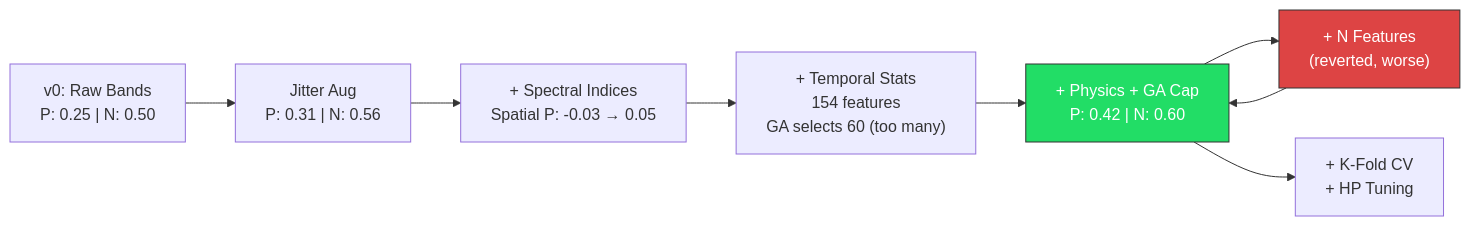
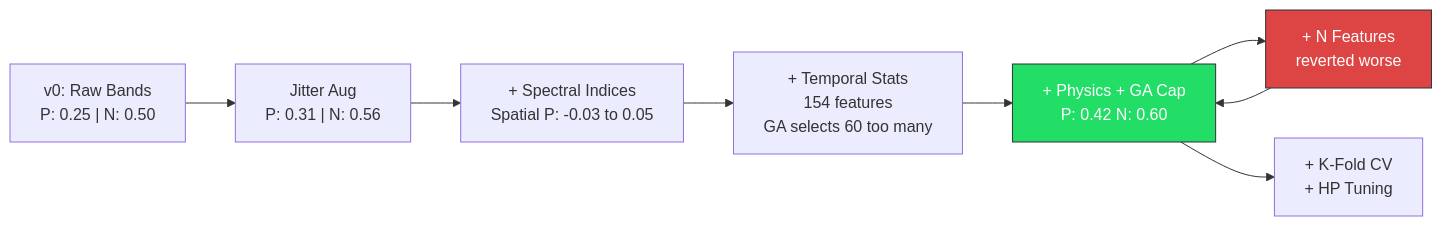
The fourth of 4 diagrams in PROJECT_REPORT.md (raghavofs/fyp2), drawn with Mermaid before and after one commit. The commit also changed other lines of this file, not shown here.

````diff
--- a/PROJECT_REPORT.md
+++ b/PROJECT_REPORT.md
@@ -354,16 +349,16 @@
 ```mermaid
 flowchart LR
     V0["v0: Raw Bands<br/>P: 0.25 | N: 0.50"]
     V1["Jitter Aug<br/>P: 0.31 | N: 0.56"]
-    V2["+ Spectral Indices<br/>Spatial P: -0.03 → 0.05"]
-    V3["+ Temporal Stats<br/>154 features<br/>GA selects 60 (too many)"]
-    V4["+ Physics + GA Cap<br/>P: 0.42 | N: 0.60"]
-    V5["+ N Features<br/>(reverted, worse)"]
+    V2["+ Spectral Indices<br/>Spatial P: -0.03 to 0.05"]
+    V3["+ Temporal Stats<br/>154 features<br/>GA selects 60 too many"]
+    V4["+ Physics + GA Cap<br/>P: 0.42 N: 0.60"]
+    V5["+ N Features<br/>reverted worse"]
     CV["+ K-Fold CV<br/>+ HP Tuning"]
 
     V0 --> V1 --> V2 --> V3 --> V4 --> V5 --> V4
     V4 --> CV
 
     style V4 fill:#2d6,stroke:#333,color:#fff
     style V5 fill:#d44,stroke:#333,color:#fff
 ```
````
